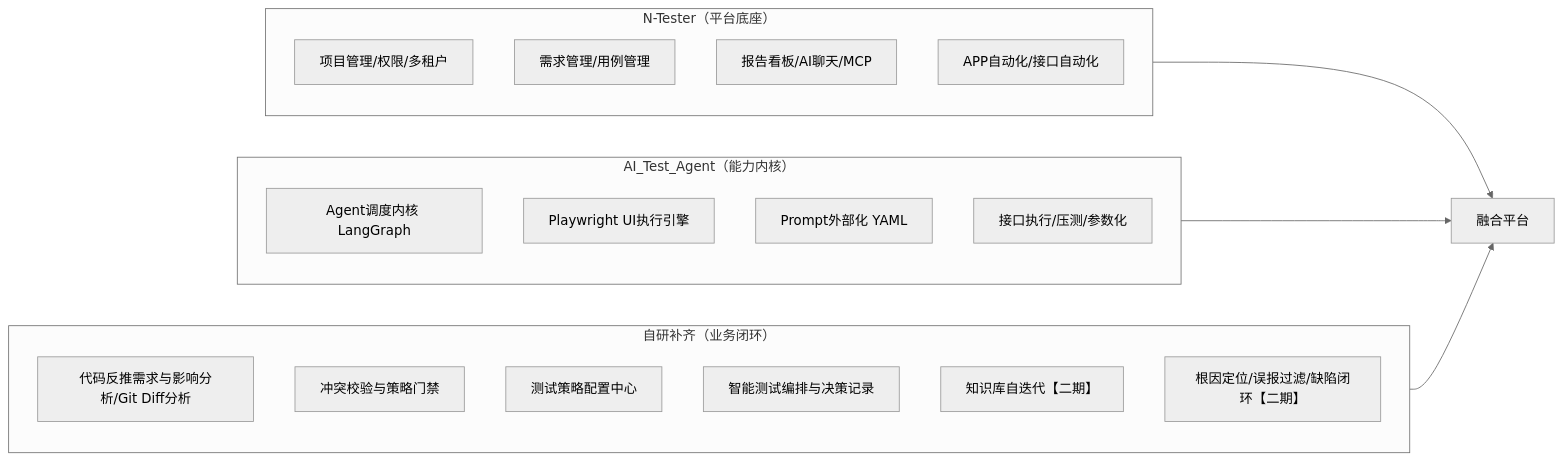
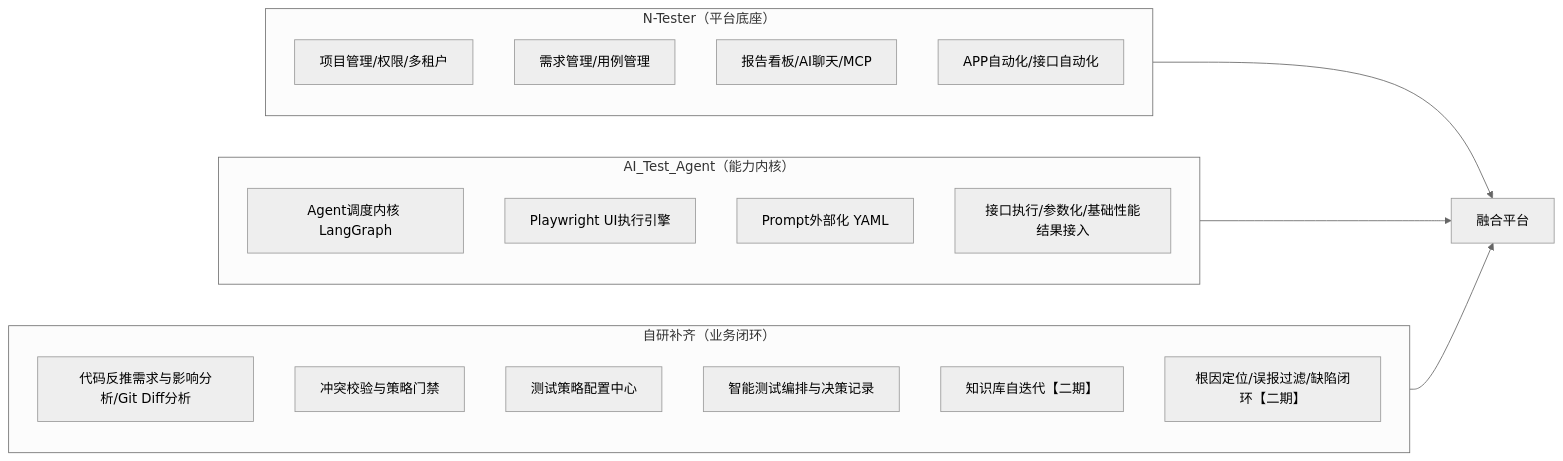
The first of 7 diagrams in AI驱动自动化测试平台自研落地实施方案.md (xiangsong97/xueran), drawn with Mermaid (neutral theme) before and after one commit. The commit also changed other lines of this file, not shown here.

````diff
--- a/AI驱动自动化测试平台自研落地实施方案.md
+++ b/AI驱动自动化测试平台自研落地实施方案.md
@@ -96,26 +96,26 @@
 ```mermaid
 flowchart LR
     subgraph N["N-Tester（平台底座）"]
         A1[项目管理/权限/多租户]
         A2[需求管理/用例管理]
         A3[报告看板/AI聊天/MCP]
         A4[APP自动化/接口自动化]
     end
     subgraph AI["AI_Test_Agent（能力内核）"]
         B1[Agent调度内核 LangGraph]
         B2[Playwright UI执行引擎]
         B3[Prompt外部化 YAML]
-        B4[接口执行/压测/参数化]
+        B4[接口执行/参数化/基础性能结果接入]
     end
     subgraph SELF["自研补齐（业务闭环）"]
         C1[代码反推需求与影响分析/Git Diff分析]
         C2[冲突校验与策略门禁]
         C3[测试策略配置中心]
         C4[智能测试编排与决策记录]
         C5[知识库自迭代【二期】]
         C6[根因定位/误报过滤/缺陷闭环【二期】]
     end
     N --> FUSION["融合平台"]
     AI --> FUSION
     SELF --> FUSION
 ```
````
